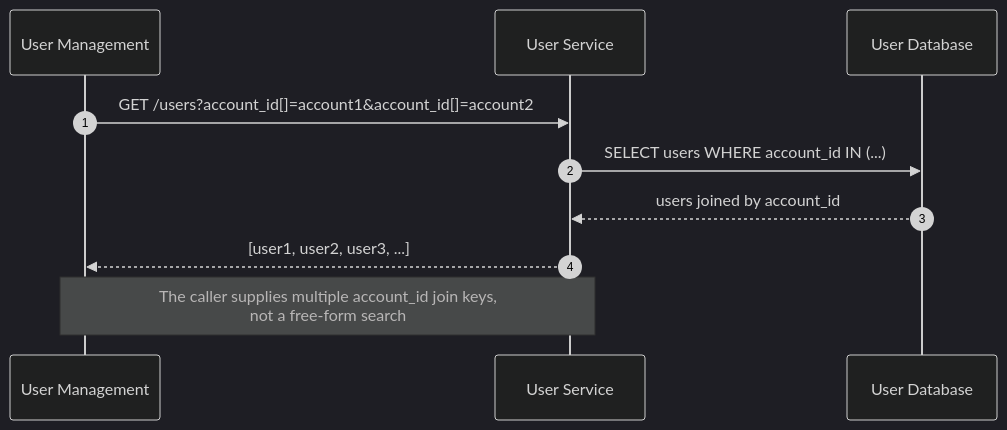
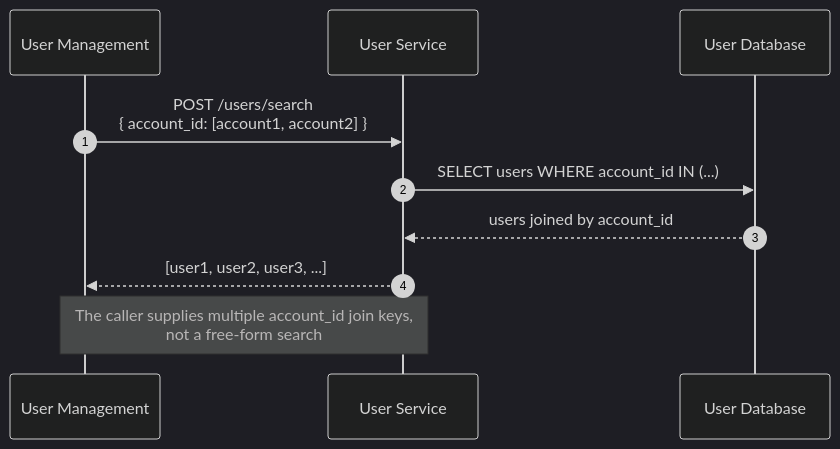
The third of 3 diagrams in docs/articles/series/IAM-System-Demo/graphql-auth-explosion-part-2-multiple-object-retrieval.md (meleneth/whirred-io), drawn with Mermaid (dark theme) before and after one commit. The commit also changed other lines of this file and 16 other files, not shown here.

````diff
--- a/docs/articles/series/IAM-System-Demo/graphql-auth-explosion-part-2-multiple-object-retrieval.md
+++ b/docs/articles/series/IAM-System-Demo/graphql-auth-explosion-part-2-multiple-object-retrieval.md
@@ -60,14 +61,14 @@
 ```mermaid
 sequenceDiagram
   autonumber
   participant UM as User Management
   participant US as User Service
   participant DB as User Database
 
-  UM->>US: GET /users?account_id[]=account1&account_id[]=account2
+  UM->>US: POST /users/search<br/>{ account_id: [account1, account2] }
   US->>DB: SELECT users WHERE account_id IN (...)
   DB-->>US: users joined by account_id
   US-->>UM: [user1, user2, user3, ...]
 
   Note over UM,US: The caller supplies multiple account_id join keys,<br/>not a free-form search
 ```
````
